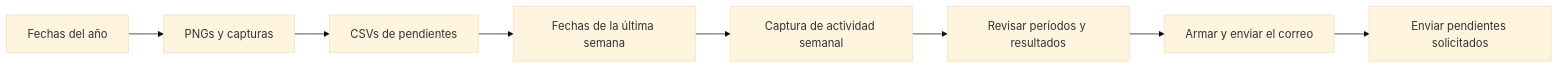
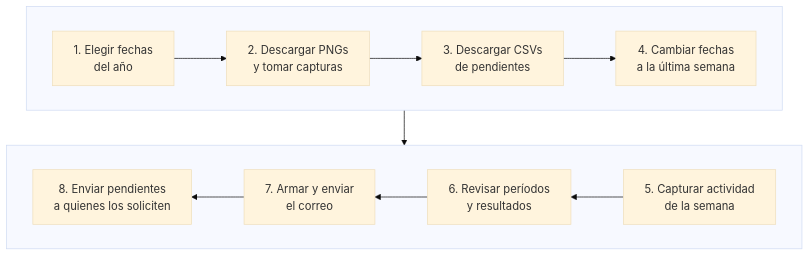
One commit to jminolli-e/case-studies changed the first of 2 diagrams in capacitaciones/actualizacion/README.md. Above: the diagram before and after it, drawn with Mermaid (base theme). The commit also changed other lines of this file, not shown here.

````diff
--- a/capacitaciones/actualizacion/README.md
+++ b/capacitaciones/actualizacion/README.md
@@ -101,10 +101,16 @@
 ```mermaid
-flowchart LR
-    A["Fechas del año"] --> B["PNGs y capturas"]
-    B --> C["CSVs de pendientes"]
-    C --> D["Fechas de la última semana"]
-    D --> E["Captura de actividad semanal"]
-    E --> F["Revisar períodos y resultados"]
-    F --> G["Armar y enviar el correo"]
-    G --> H["Enviar pendientes solicitados"]
+flowchart TD
+    subgraph primera[" "]
+        direction LR
+        A["1. Elegir fechas<br/>del año"] --> B["2. Descargar PNGs<br/>y tomar capturas"]
+        B --> C["3. Descargar CSVs<br/>de pendientes"]
+        C --> D["4. Cambiar fechas<br/>a la última semana"]
+    end
+    subgraph segunda[" "]
+        direction RL
+        E["5. Capturar actividad<br/>de la semana"] --> F["6. Revisar períodos<br/>y resultados"]
+        F --> G["7. Armar y enviar<br/>el correo"]
+        G --> H["8. Enviar pendientes<br/>a quienes los soliciten"]
+    end
+    primera --> segunda
 ```
````
